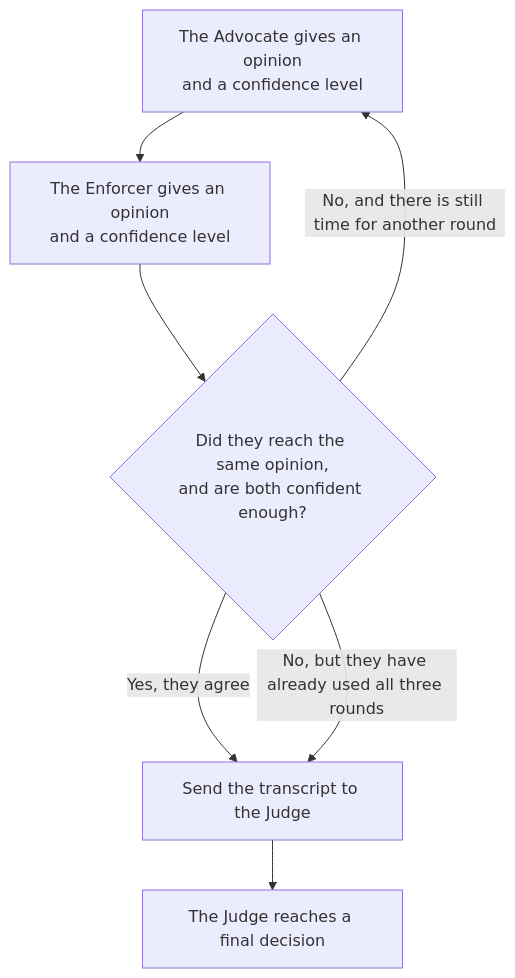
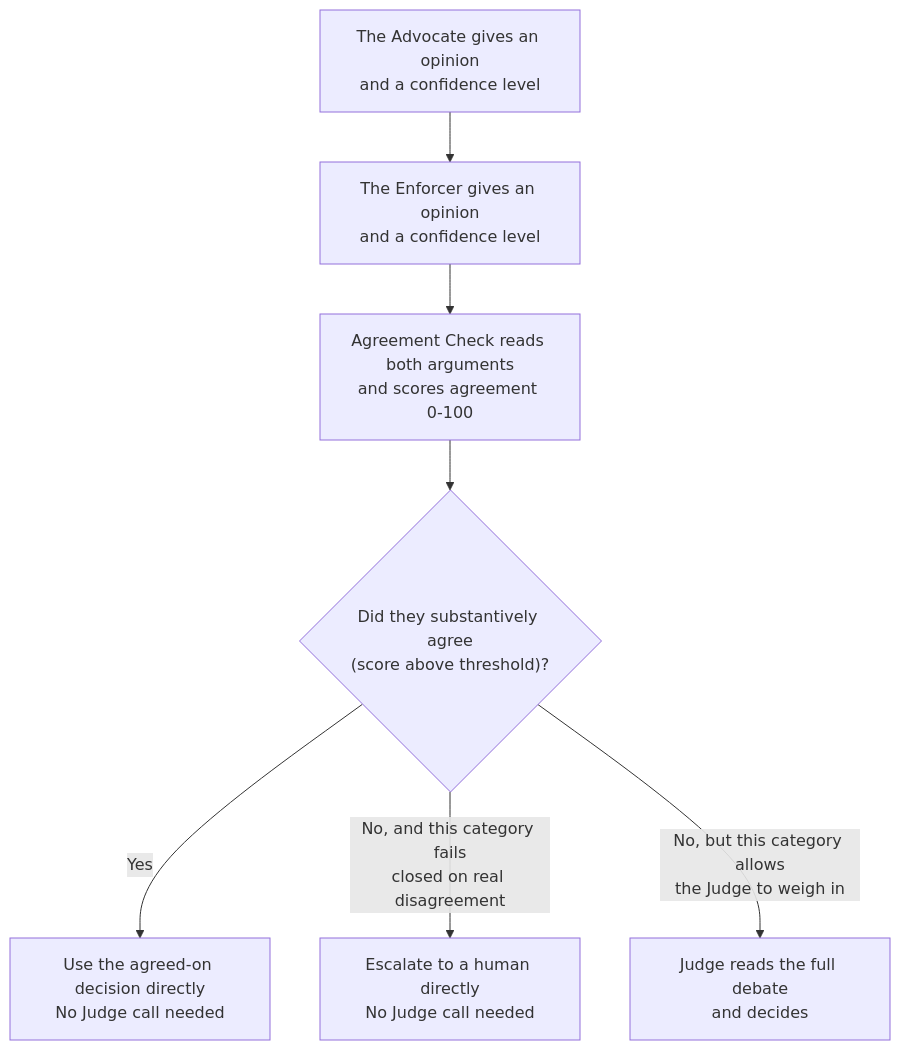
The third of 3 diagrams in docs/HOW_IT_WORKS.md (harineek24/ModAgent), drawn with Mermaid before and after one commit. The commit also changed other lines of this file and 11 other files, not shown here.

````diff
--- a/docs/HOW_IT_WORKS.md
+++ b/docs/HOW_IT_WORKS.md
@@ -76,9 +80,9 @@
 ```mermaid
 flowchart TD
     R1[The Advocate gives an opinion\nand a confidence level] --> R2[The Enforcer gives an opinion\nand a confidence level]
-    R2 --> Check{"Did they reach the same opinion,\nand are both confident enough?"}
-    Check -->|Yes, they agree| J[Send the transcript to the Judge]
-    Check -->|No, and there is still time for another round| R1
-    Check -->|No, but they have already used all three rounds| J
-    J --> V[The Judge reaches a final decision]
+    R2 --> AC[Agreement Check reads both arguments\nand scores agreement 0-100]
+    AC --> Check{"Did they substantively agree\n(score above threshold)?"}
+    Check -->|Yes| Resolve[Use the agreed-on decision directly\nNo Judge call needed]
+    Check -->|No, and this category fails\nclosed on real disagreement| FC[Escalate to a human directly\nNo Judge call needed]
+    Check -->|No, but this category allows\nthe Judge to weigh in| J[Judge reads the full debate\nand decides]
 ```
````
